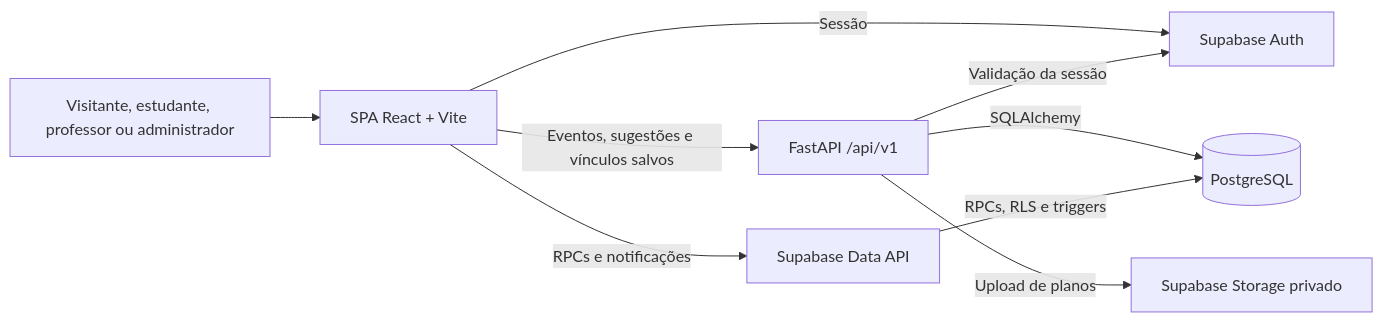
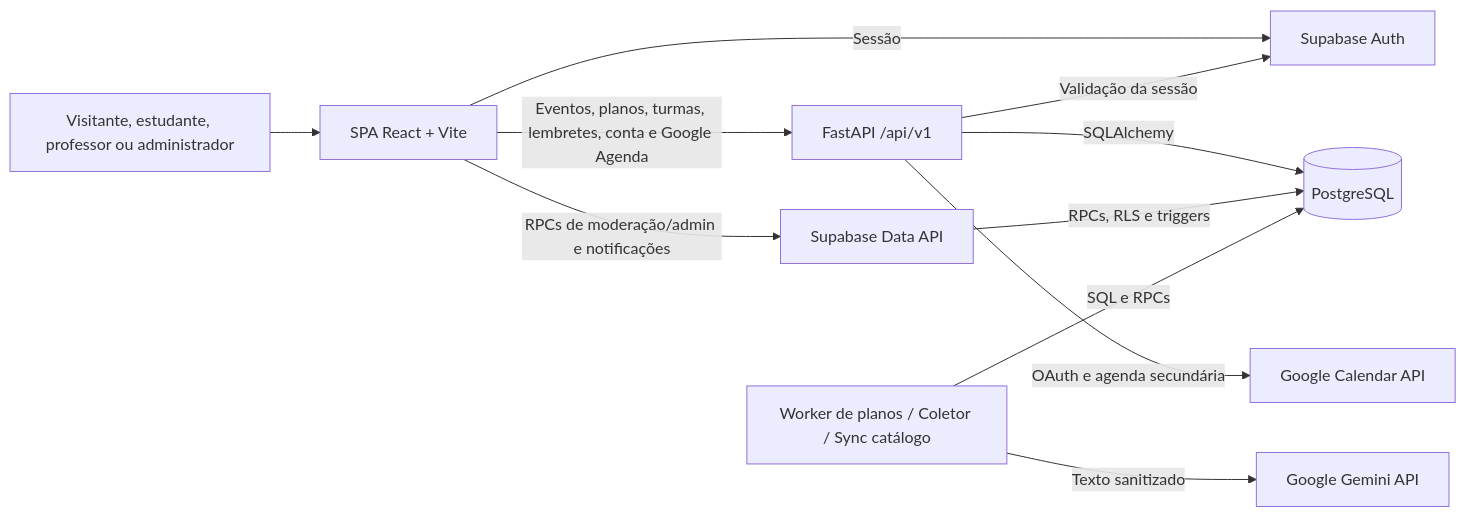
The first of 2 diagrams in docs/arquitetura/visao-geral.md (unb-mds/2026-2-AgendaUnB), drawn with Mermaid before and after one commit. The commit also changed other lines of this file and 58 other files, not shown here.

````diff
--- a/docs/arquitetura/visao-geral.md
+++ b/docs/arquitetura/visao-geral.md
@@ -14,11 +12,13 @@
 ```mermaid
 flowchart LR
     U[Visitante, estudante, professor ou administrador] --> WEB[SPA React + Vite]
-    WEB -->|Eventos, sugestões e vínculos salvos| API[FastAPI /api/v1]
+    WEB -->|Eventos, planos, turmas, lembretes, conta e Google Agenda| API[FastAPI /api/v1]
     WEB -->|Sessão| AUTH[Supabase Auth]
-    WEB -->|RPCs e notificações| DATA[Supabase Data API]
+    WEB -->|RPCs de moderação/admin e notificações| DATA[Supabase Data API]
     API -->|Validação da sessão| AUTH
     API -->|SQLAlchemy| DB[(PostgreSQL)]
     DATA -->|RPCs, RLS e triggers| DB
-    API -->|Upload de planos| STORAGE[Supabase Storage privado]
+    WORKER[Worker de planos / Coletor / Sync catálogo] -->|SQL e RPCs| DB
+    WORKER -->|Texto sanitizado| GEMINI[Google Gemini API]
+    API -->|OAuth e agenda secundária| GCAL[Google Calendar API]
 ```
````
